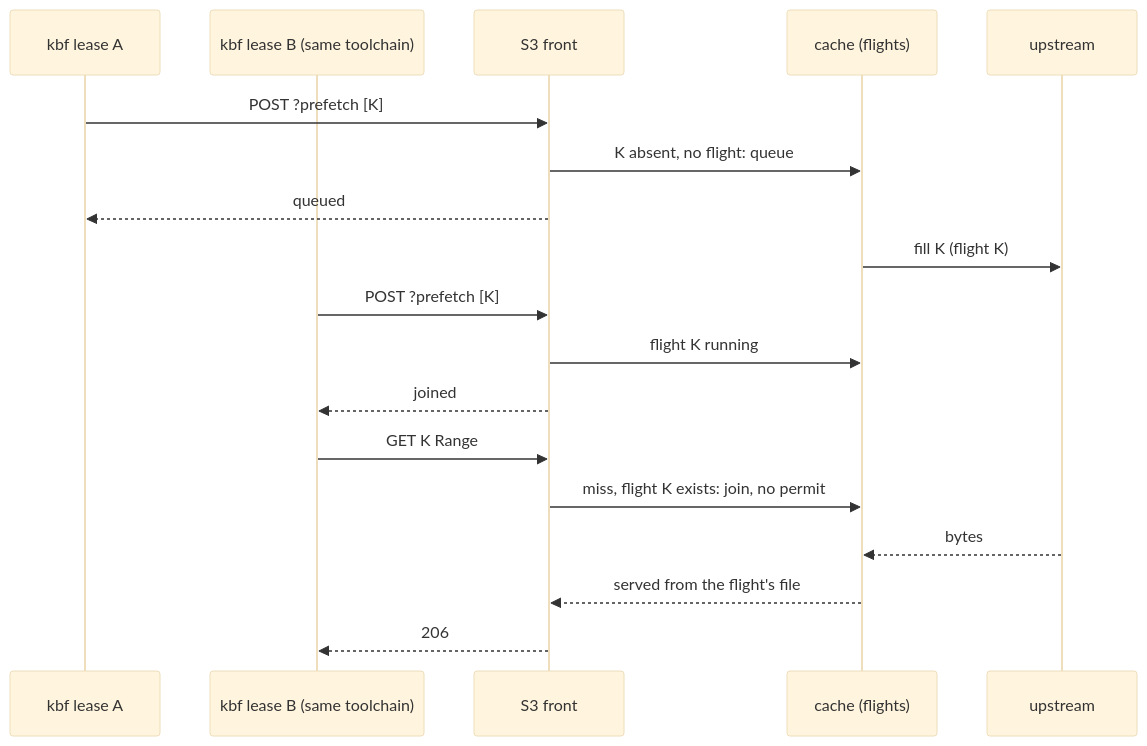
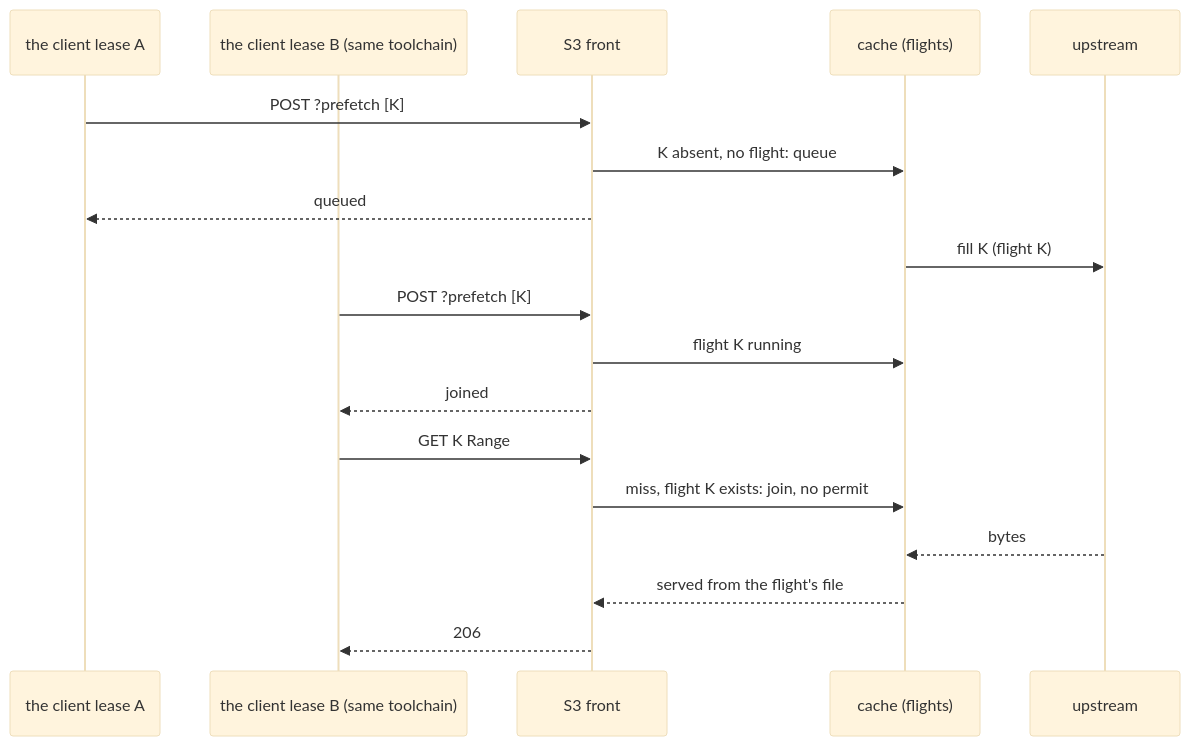
The second of 3 diagrams in docs/design/prefetch-api.md (komira-ai/tierstore), drawn with Mermaid (base theme) before and after one commit. The commit also changed other lines of this file and 1 other file, not shown here.

First line of the commit message:
Correct the prefetch API design after review: admission instead of a commit-time drop, own permit seam, real request budget, build-client side

````diff
--- a/docs/design/prefetch-api.md
+++ b/docs/design/prefetch-api.md
@@ -111,20 +115,20 @@
 ```mermaid
 sequenceDiagram
-    participant A as kbf lease A
-    participant B as kbf lease B (same toolchain)
+    participant A as the client lease A
+    participant B as the client lease B (same toolchain)
     participant S as S3 front
     participant C as cache (flights)
     participant U as upstream
     A->>S: POST ?prefetch [K]
     S->>C: K absent, no flight: queue
     S-->>A: queued
     C->>U: fill K (flight K)
     B->>S: POST ?prefetch [K]
     S->>C: flight K running
     S-->>B: joined
     B->>S: GET K Range
     S->>C: miss, flight K exists: join, no permit
     U-->>C: bytes
     C-->>S: served from the flight's file
     S-->>B: 206
 ```
````
